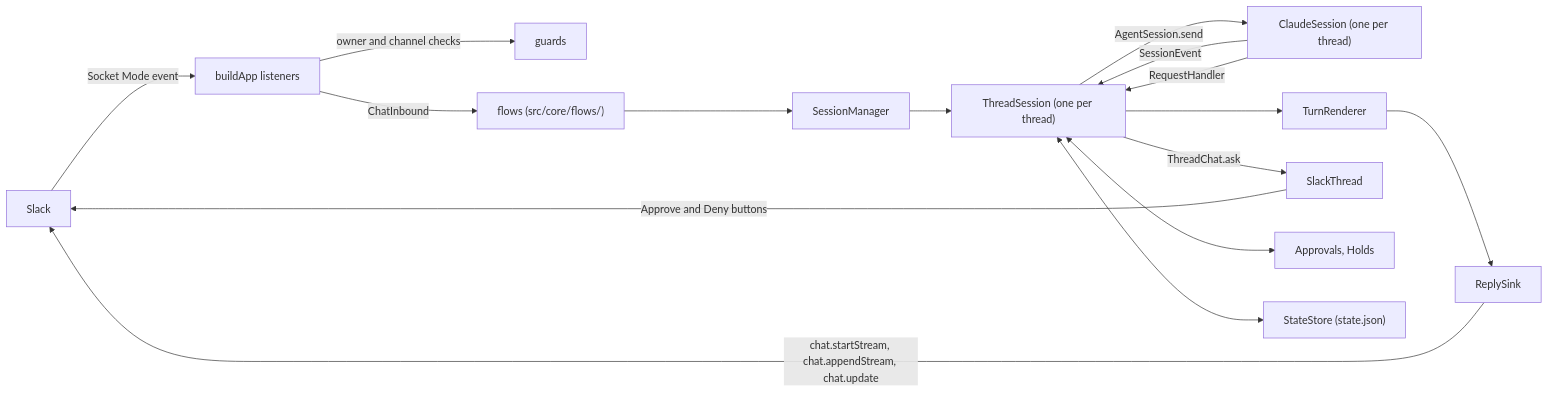
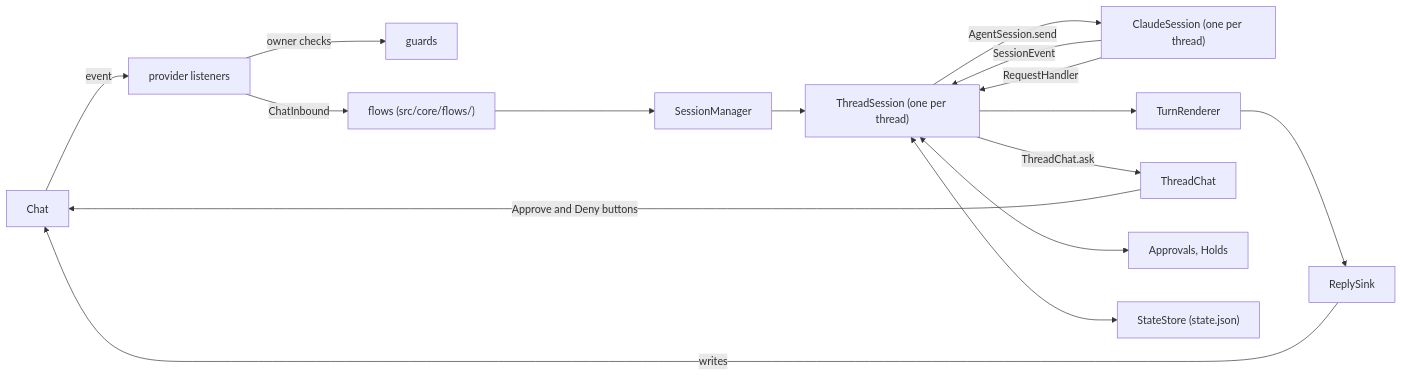
The diagram in docs/architecture.md (duqaXxX/allaboard), drawn with Mermaid before and after one commit. The commit also changed other lines of this file and 84 other files, not shown here.

````diff
--- a/docs/architecture.md
+++ b/docs/architecture.md
@@ -138,18 +133,18 @@
 ```mermaid
 flowchart LR
-    Slack["Slack"] -->|"Socket Mode event"| App["buildApp listeners"]
-    App -->|"owner and channel checks"| Guards["guards"]
+    Chat["Chat"] -->|"event"| App["provider listeners"]
+    App -->|"owner checks"| Guards["guards"]
     App -->|"ChatInbound"| Flows["flows (src/core/flows/)"]
     Flows --> Manager["SessionManager"]
     Manager --> Thread["ThreadSession (one per thread)"]
     Thread -->|"AgentSession.send"| Client["ClaudeSession (one per thread)"]
     Client -->|"SessionEvent"| Thread
     Thread --> Renderer["TurnRenderer"]
     Renderer --> Sink["ReplySink"]
-    Sink -->|"chat.startStream, chat.appendStream, chat.update"| Slack
+    Sink -->|"writes"| Chat
     Client -->|"RequestHandler"| Thread
-    Thread -->|"ThreadChat.ask"| Chat["SlackThread"]
-    Chat -->|"Approve and Deny buttons"| Slack
+    Thread -->|"ThreadChat.ask"| Provider["ThreadChat"]
+    Provider -->|"Approve and Deny buttons"| Chat
     Thread <--> Approvals["Approvals, Holds"]
     Thread <--> State["StateStore (state.json)"]
 ```
````
